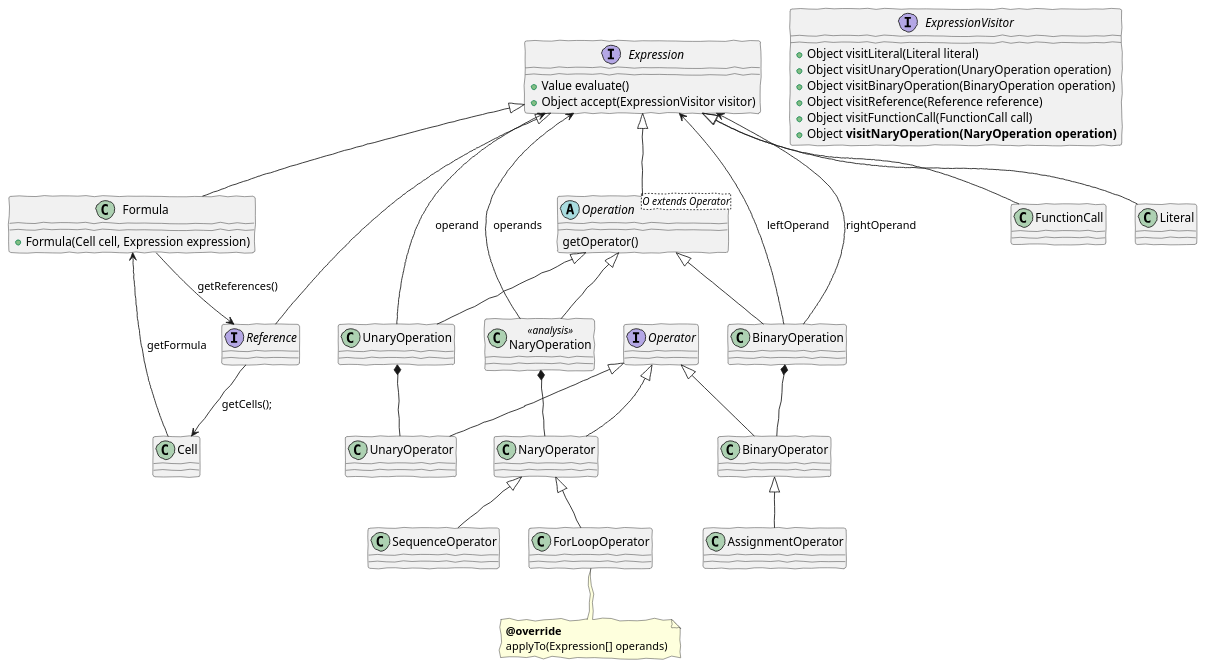
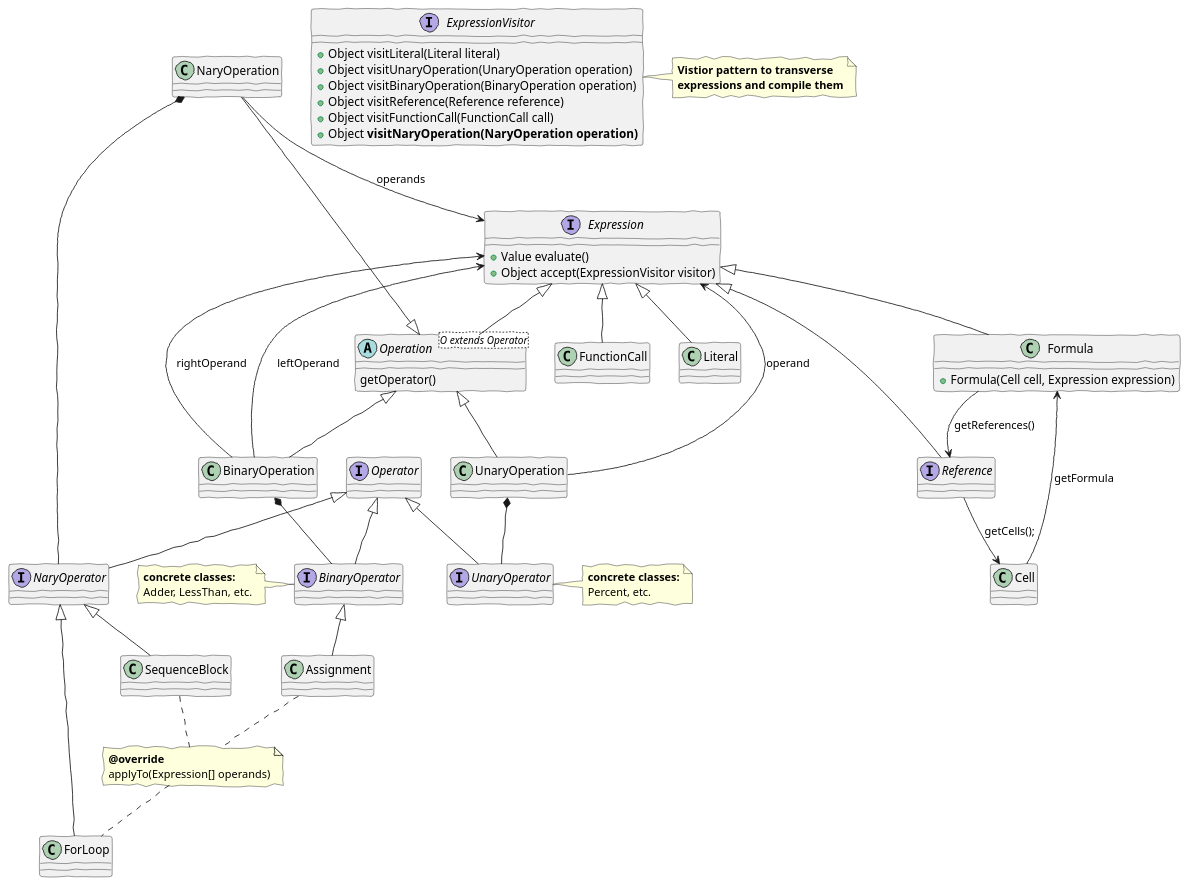
One commit to MikeTekOn/lapr4-2017-2dd changed the diagram in src/main/java/lapr4/blue/s1/lang/n1151452/formula/formula_domain_model.puml. Above: the diagram before and after it, drawn with PlantUML. The commit also changed 1 other file, not shown here.

Commit message:
LAPR4E17DD-153 #time 4h #comment completes the US analysis

```diff
--- a/src/main/java/lapr4/blue/s1/lang/n1151452/formula/formula_domain_model.puml
+++ b/src/main/java/lapr4/blue/s1/lang/n1151452/formula/formula_domain_model.puml
@@ -1,68 +1,74 @@
 @startuml formulas_domain_model.png
 
 'http://plantuml.com/skinparam.html'
 skinparam handwritten true
 skinparam defaultFontName FG Virgil
 skinparam shadowing false
 
 class Formula {
 	+Formula(Cell cell, Expression expression) 
 }
 interface Expression {
 	+Value evaluate()
 	+Object accept(ExpressionVisitor visitor)
 }
 interface Reference
 interface Operator
-class UnaryOperator
-class BinaryOperator
-class NaryOperator <<<b>analysis>>
-class SequenceOperator <<<b>analysis>>
-class AssignmentOperator <<<b>analysis>>
-class ForLoopOperator <<<b>analysis>>
-note bottom : <b>@override\napplyTo(Expression[] operands)
+interface UnaryOperator
+note right : <b>concrete classes:\nPercent, etc.
+interface BinaryOperator
+note left : <b>concrete classes:\nAdder, LessThan, etc.
+interface NaryOperator <<<b>analysis>>
+class SequenceBlock <<<b>analysis>>
+class Assignment <<<b>analysis>>
+class ForLoop <<<b>analysis>>
+note "<b>@override\napplyTo(Expression[] operands)" as n1
+SequenceBlock .. n1
+n1 .. ForLoop
+Assignment .. n1
 abstract class Operation <O extends Operator> {
     getOperator() 
 }
 class UnaryOperation
 class BinaryOperation
-class NaryOperation <<analysis>>
+class NaryOperation <<<b>analysis>>
 class FunctionCall
 class Literal
 interface ExpressionVisitor {
 	+Object visitLiteral(Literal literal)
 	+Object visitUnaryOperation(UnaryOperation operation)
 	+Object visitBinaryOperation(BinaryOperation operation)
 	+Object visitReference(Reference reference)
 	+Object visitFunctionCall(FunctionCall call)
 	+Object <b>visitNaryOperation(NaryOperation operation)</b>
 }
+note right : <b>Vistior pattern to transverse\n<b>expressions and compile them
 Expression <|-- Formula
 Expression <|-- Reference
 Expression <|-- Operation
 Expression <|-- FunctionCall
 Expression <|-- Literal
 Operation <|-- UnaryOperation
 Operation <|-- BinaryOperation
 Operation <|-- NaryOperation
 Formula --> Reference : getReferences()
 Reference --> Cell : getCells();
 Cell --> Formula : getFormula
 UnaryOperation --> Expression : operand
 BinaryOperation --> Expression : leftOperand
 BinaryOperation --> Expression : rightOperand
 NaryOperation --> Expression : operands
 
 Operator <|-- UnaryOperator
 Operator <|-- BinaryOperator
 Operator <|-- NaryOperator
 
 UnaryOperation *-- UnaryOperator
 BinaryOperation *-- BinaryOperator
 NaryOperation *-- NaryOperator
 
-NaryOperator <|-- ForLoopOperator
-NaryOperator <|-- SequenceOperator
+NaryOperator <|-- ForLoop
+NaryOperator <|-- SequenceBlock
 
-BinaryOperator <|-- AssignmentOperator
+BinaryOperator <|-- Assignment
 @enduml
```
